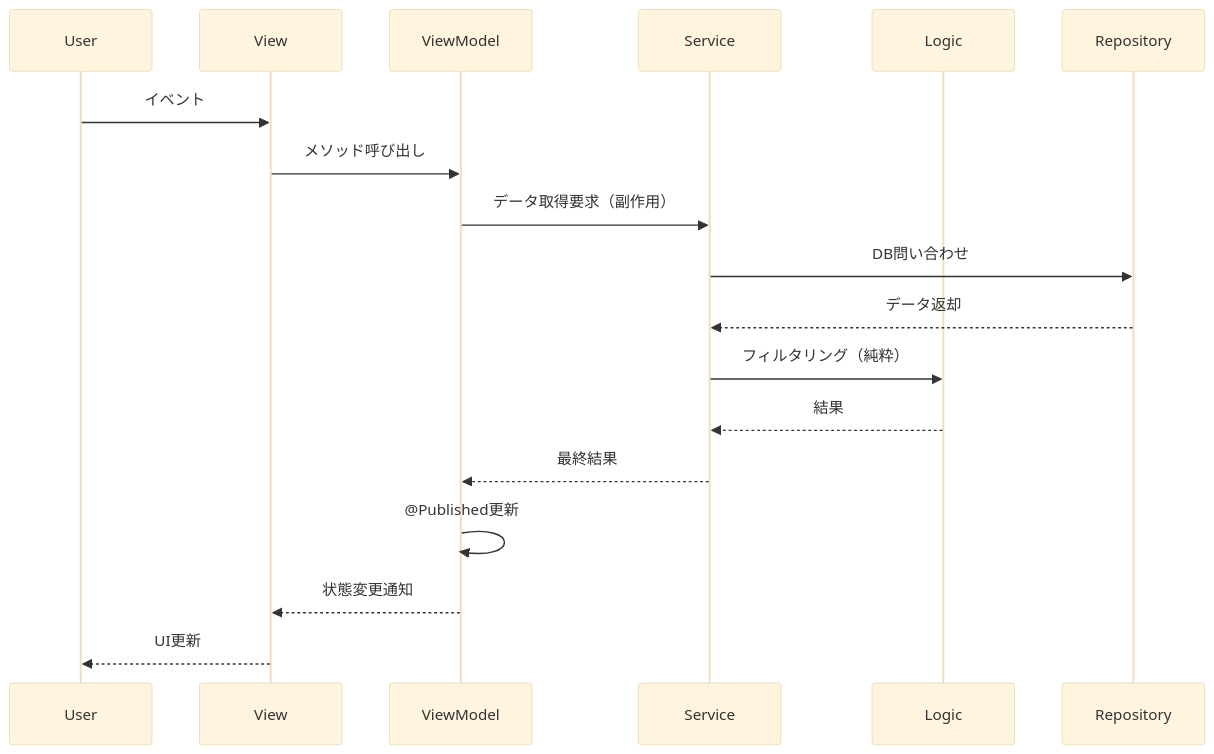
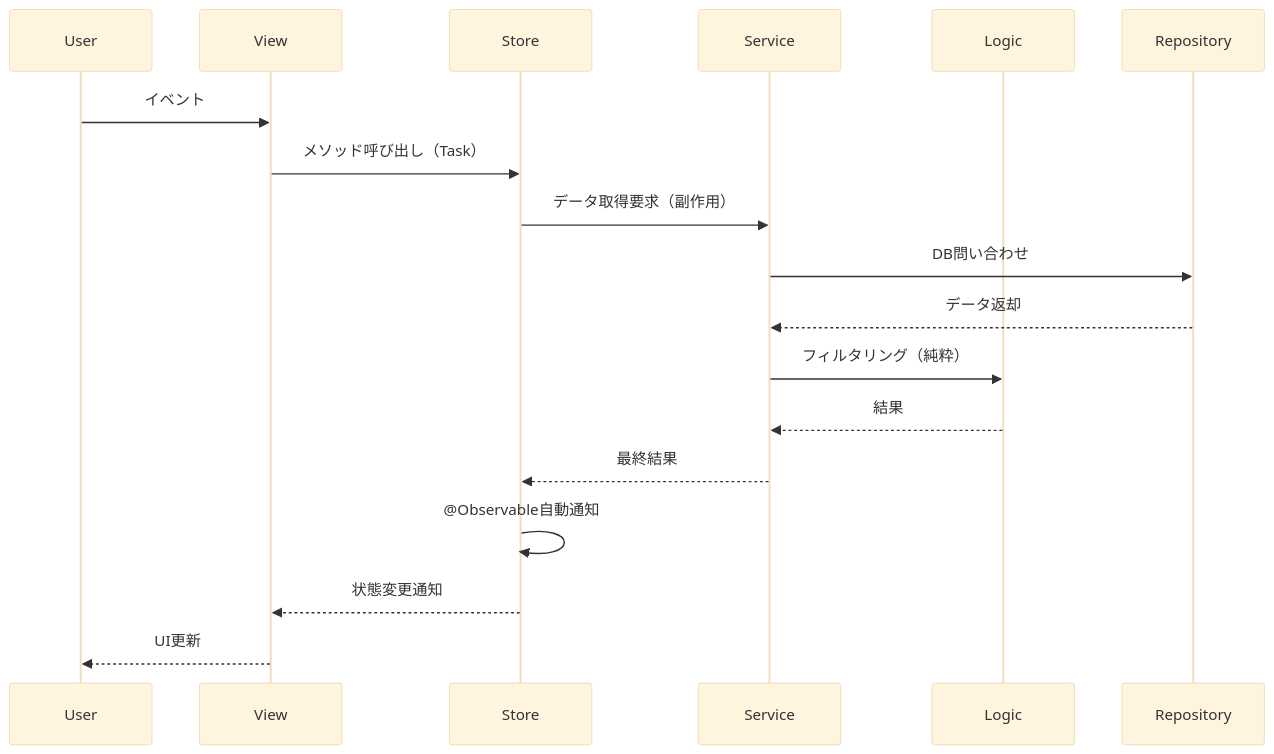
Before and after one commit to ryo211/kokokita: the second of 2 diagrams in doc/ADR/001-フォルダ構成とアーキテクチャの再設計.md, drawn with Mermaid (base theme). The commit also changed other lines of this file and 2 other files, not shown here.

````diff
--- a/doc/ADR/001-フォルダ構成とアーキテクチャの再設計.md
+++ b/doc/ADR/001-フォルダ構成とアーキテクチャの再設計.md
@@ -287,21 +464,21 @@
 ```mermaid
 sequenceDiagram
     participant User
     participant View
-    participant ViewModel
+    participant Store
     participant Service
     participant Logic
     participant Repository
 
     User->>View: イベント
-    View->>ViewModel: メソッド呼び出し
-    ViewModel->>Service: データ取得要求（副作用）
+    View->>Store: メソッド呼び出し（Task）
+    Store->>Service: データ取得要求（副作用）
     Service->>Repository: DB問い合わせ
     Repository-->>Service: データ返却
     Service->>Logic: フィルタリング（純粋）
     Logic-->>Service: 結果
-    Service-->>ViewModel: 最終結果
-    ViewModel->>ViewModel: @Published更新
-    ViewModel-->>View: 状態変更通知
+    Service-->>Store: 最終結果
+    Store->>Store: @Observable自動通知
+    Store-->>View: 状態変更通知
     View-->>User: UI更新
 ```
````
